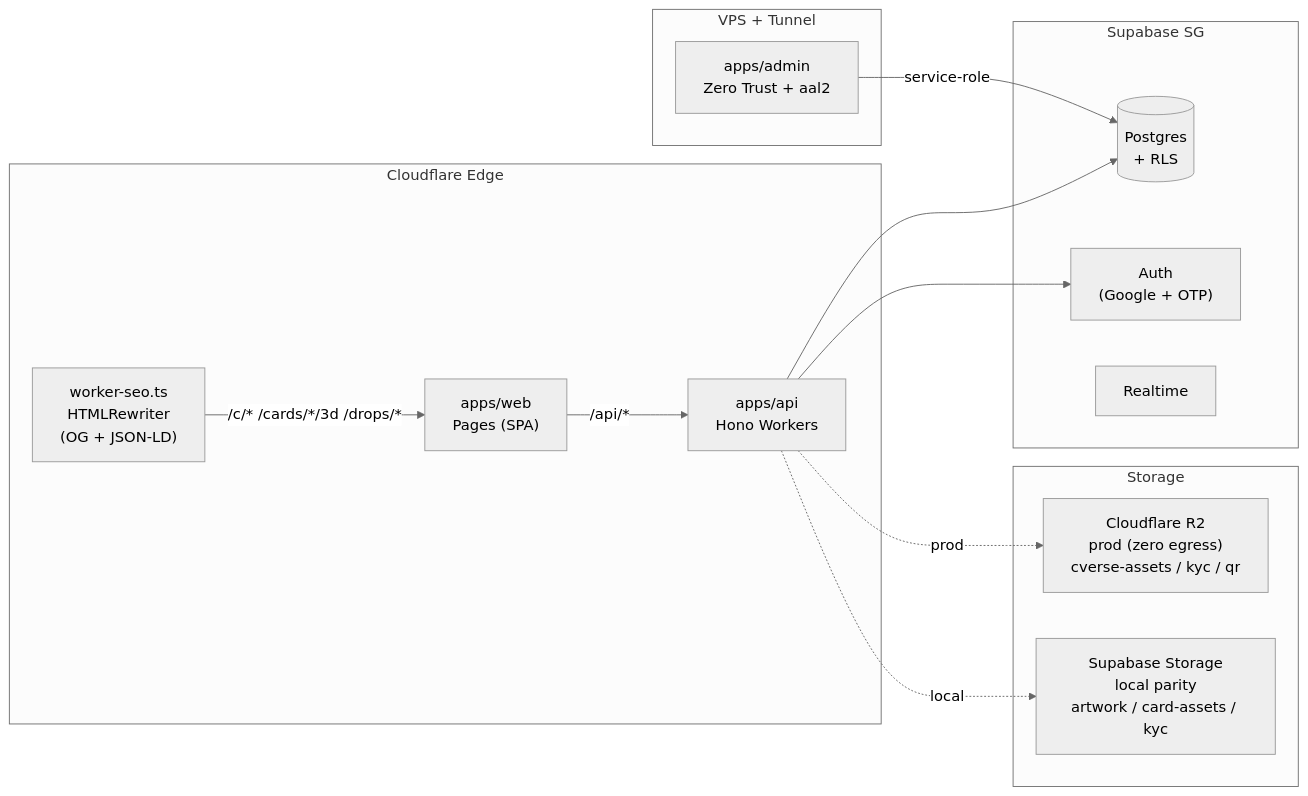
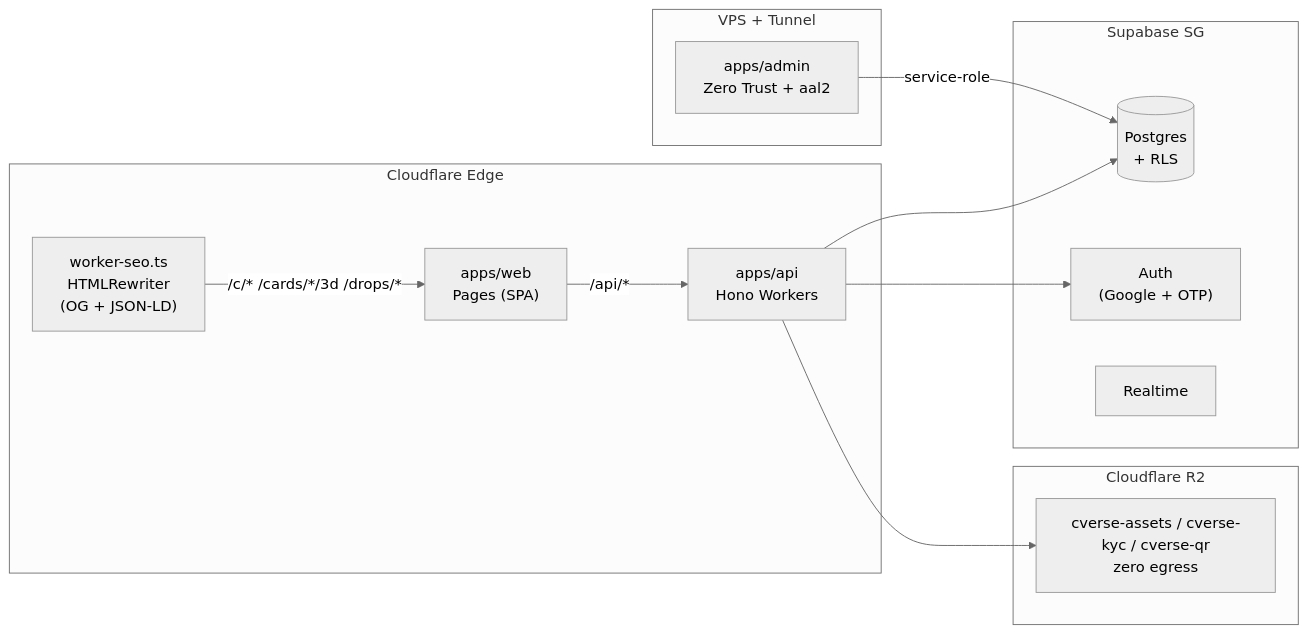
One commit to aikazu/c-verse-platform changed the diagram in README.md. Above: the diagram before and after it, drawn with Mermaid (neutral theme). The commit also changed other lines of this file and 1 other file, not shown here.

First line of the commit message:
docs: cleanup storage copy — concise

````diff
--- a/README.md
+++ b/README.md
@@ -29,28 +29,26 @@
 ```mermaid
 flowchart LR
   subgraph Edge["Cloudflare Edge"]
     Pages["apps/web<br/>Pages (SPA)"]
     WorkerSEO["worker-seo.ts<br/>HTMLRewriter<br/>(OG + JSON-LD)"]
     Api["apps/api<br/>Hono Workers"]
   end
   subgraph Data["Supabase SG"]
     DB[("Postgres<br/>+ RLS")]
     Auth["Auth<br/>(Google + OTP)"]
     RT["Realtime"]
   end
-  subgraph StorageBox["Storage"]
-    R2["Cloudflare R2<br/>prod (zero egress)<br/>cverse-assets / kyc / qr"]
-    SupaBuckets["Supabase Storage<br/>local parity<br/>artwork / card-assets / kyc"]
+  subgraph StorageBox["Cloudflare R2"]
+    R2["cverse-assets / cverse-kyc / cverse-qr<br/>zero egress"]
   end
   subgraph Ops["VPS + Tunnel"]
     Admin["apps/admin<br/>Zero Trust + aal2"]
   end
 
   WorkerSEO -->|/c/* /cards/*/3d /drops/*| Pages
   Api --> DB
   Api --> Auth
-  Api -.->|prod| R2
-  Api -.->|local| SupaBuckets
+  Api --> R2
   Admin -->|service-role| DB
   Pages -->|/api/*| Api
 ```
````
